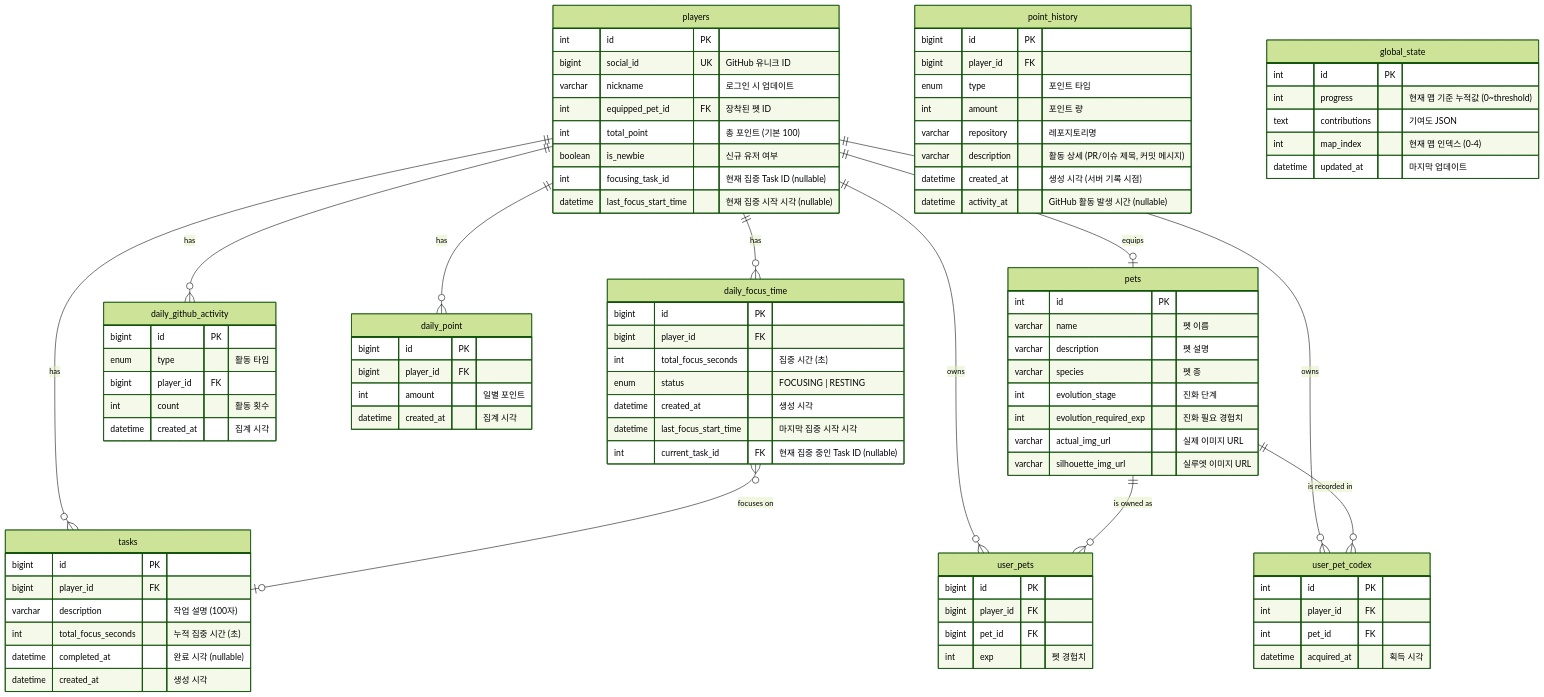
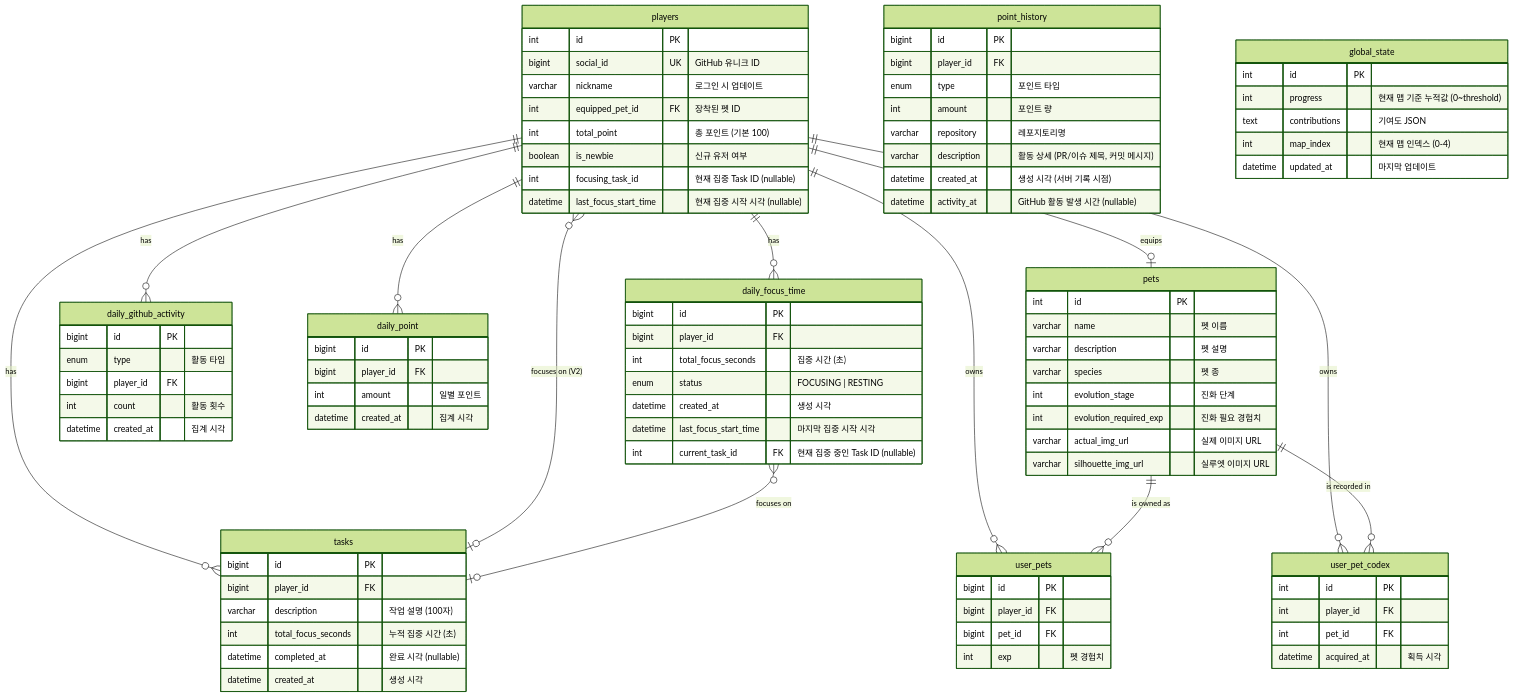
The diagram in docs/guides/ERD.md (boostcampwm2025/web19-estrogenquattro), drawn with Mermaid (forest theme) before and after one commit. The commit also changed 13 other files, not shown here.

```diff
--- a/docs/guides/ERD.md
+++ b/docs/guides/ERD.md
@@ -19,6 +19,7 @@
     pets ||--o{ user_pets : "is owned as"
     pets ||--o{ user_pet_codex : "is recorded in"
     players ||--o| pets : "equips"
+    players }o--o| tasks : "focuses on (V2)"
     daily_focus_time }o--o| tasks : "focuses on"
 
     players {
```
